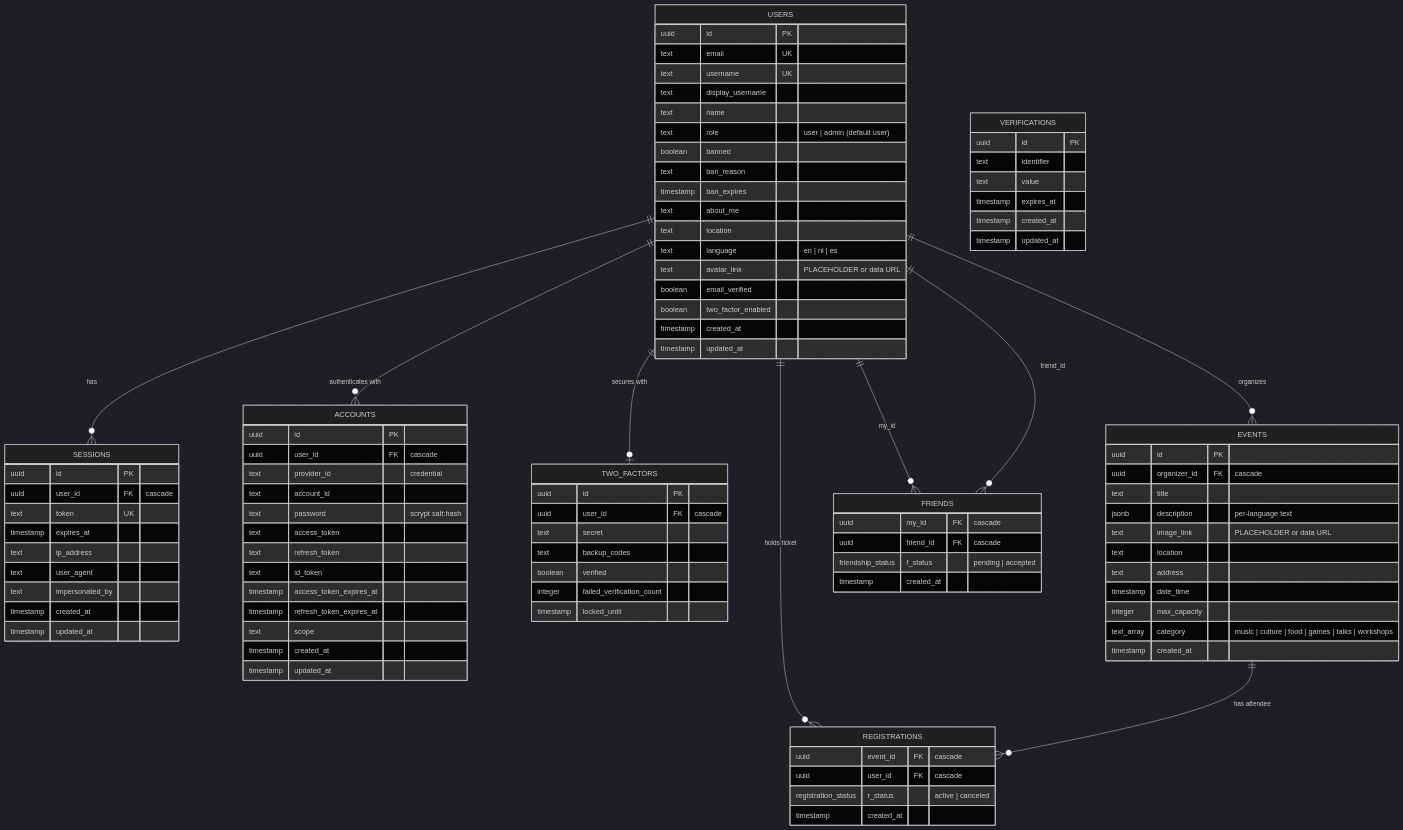
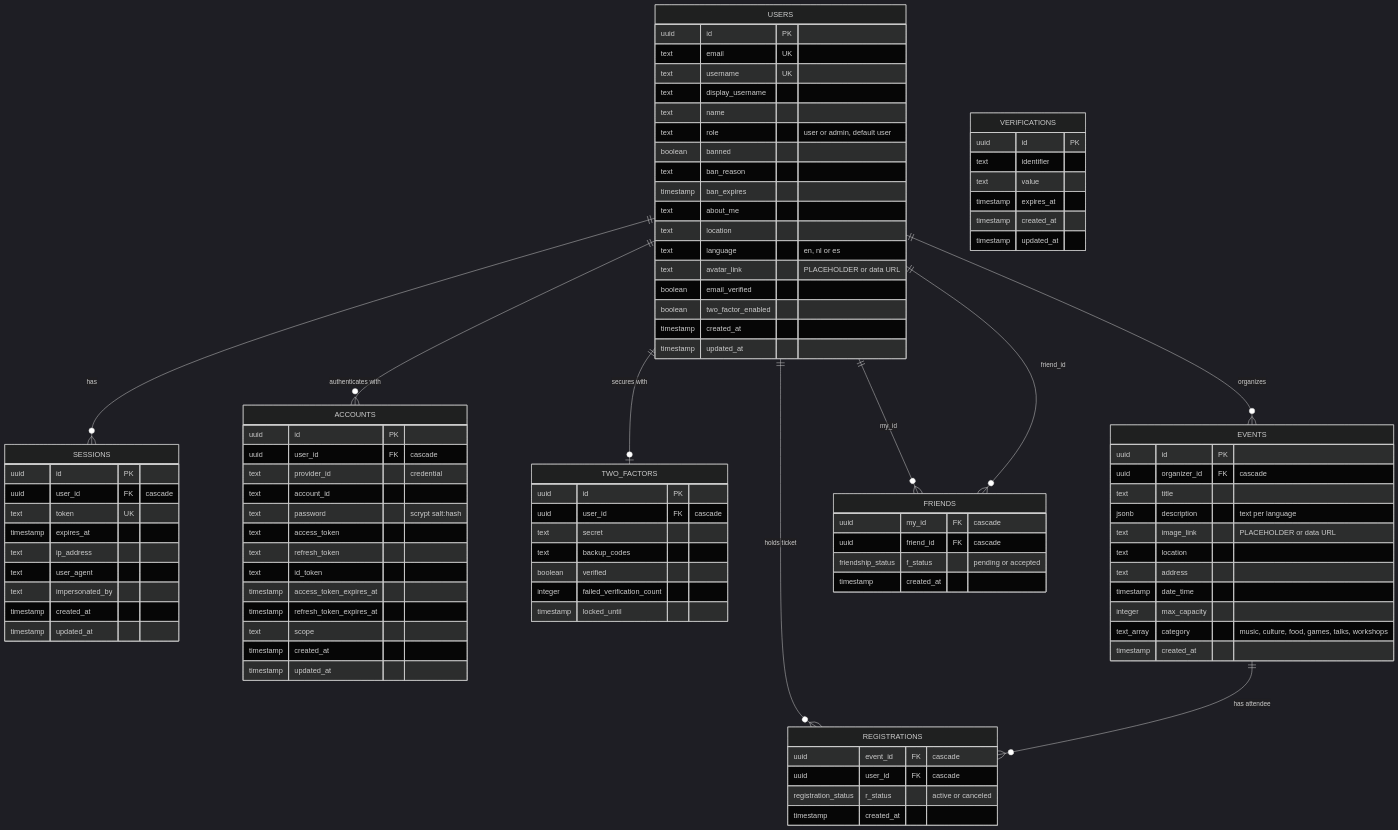
One commit to DidiWalakutty/Transcendence changed the diagram in README.md. Above: the diagram before and after it, drawn with Mermaid (dark theme). The commit also changed other lines of this file, not shown here.

First line of the commit message:
docs: rewrite the README in plain language

````diff
--- a/README.md
+++ b/README.md
@@ -103,13 +109,13 @@
         text username UK
         text display_username
         text name
-        text role "user | admin (default user)"
+        text role "user or admin, default user"
         boolean banned
         text ban_reason
         timestamp ban_expires
         text about_me
         text location
-        text language "en | nl | es"
+        text language "en, nl or es"
         text avatar_link "PLACEHOLDER or data URL"
         boolean email_verified
         boolean two_factor_enabled
@@ -163,25 +169,25 @@
         uuid id PK
         uuid organizer_id FK "cascade"
         text title
-        jsonb description "per-language text"
+        jsonb description "text per language"
         text image_link "PLACEHOLDER or data URL"
         text location
         text address
         timestamp date_time
         integer max_capacity
-        text_array category "music | culture | food | games | talks | workshops"
+        text_array category "music, culture, food, games, talks, workshops"
         timestamp created_at
     }
     REGISTRATIONS {
         uuid event_id FK "cascade"
         uuid user_id FK "cascade"
-        registration_status r_status "active | canceled"
+        registration_status r_status "active or canceled"
         timestamp created_at
     }
     FRIENDS {
         uuid my_id FK "cascade"
         uuid friend_id FK "cascade"
-        friendship_status f_status "pending | accepted"
+        friendship_status f_status "pending or accepted"
         timestamp created_at
     }
 ```
````
